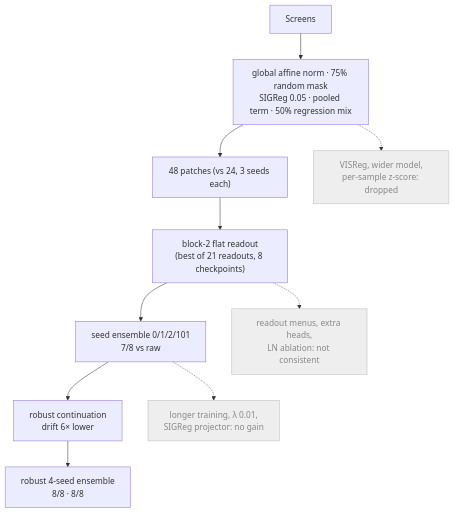
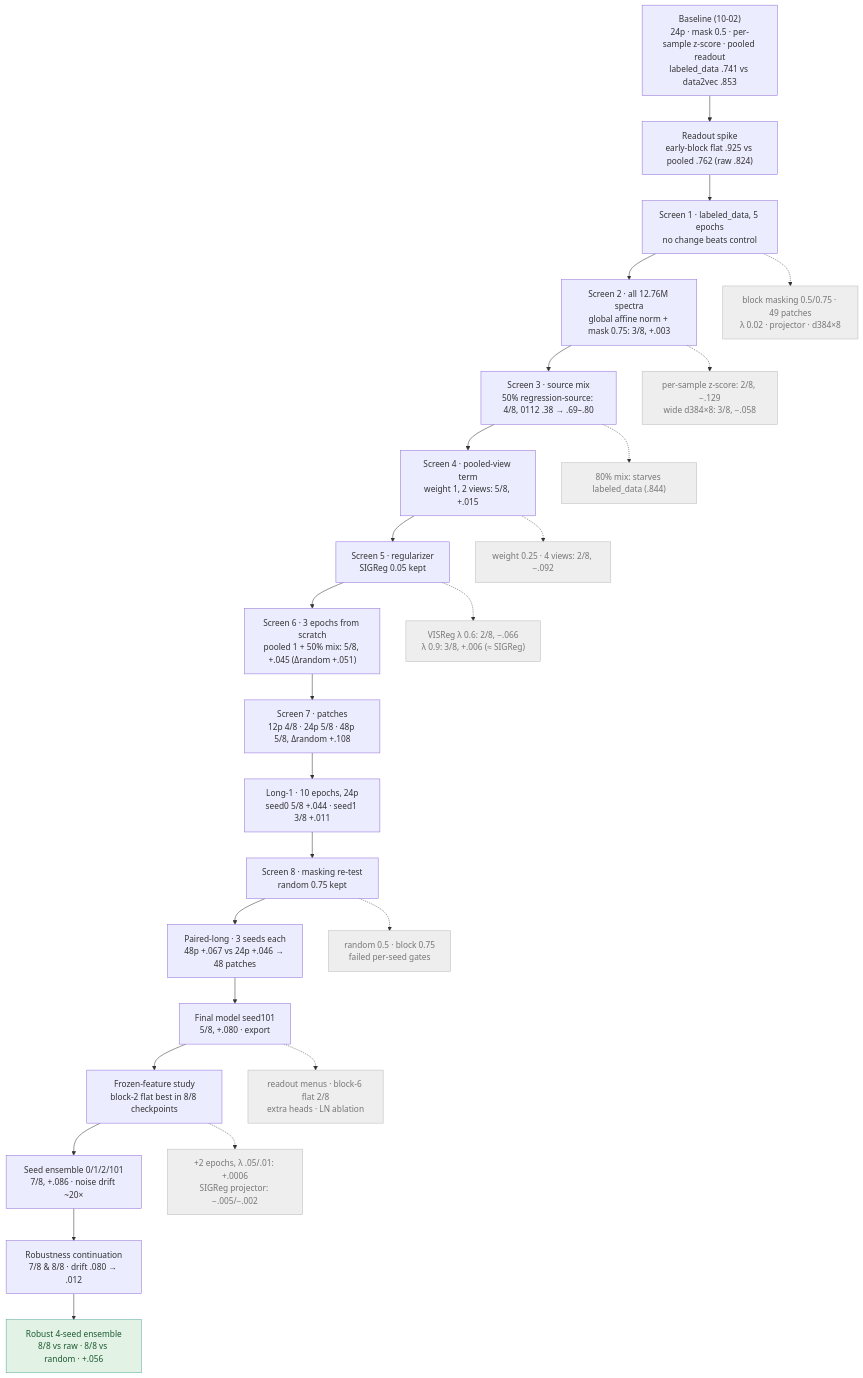
Before and after one commit to h-cohen/SpectralFM-jepa: the fifth of 7 diagrams in docs/TRAINING_REPORT.md, drawn with Mermaid. The commit also changed other lines of this file and 39 other files, not shown here.

````diff
--- a/docs/TRAINING_REPORT.md
+++ b/docs/TRAINING_REPORT.md
@@ -122,14 +127,32 @@
 ```mermaid
 flowchart TB
-    S["Screens"] --> A["global affine norm · 75% random mask<br/>SIGReg 0.05 · pooled term · 50% regression mix"]
-    A --> B["48 patches (vs 24, 3 seeds each)"]
-    B --> C["block-2 flat readout<br/>(best of 21 readouts, 8 checkpoints)"]
-    C --> D["seed ensemble 0/1/2/101<br/>7/8 vs raw"]
-    D --> E["robust continuation<br/>drift 6× lower"]
-    E --> F["robust 4-seed ensemble<br/>8/8 · 8/8"]
-    A -.-> X1["VISReg, wider model,<br/>per-sample z-score: dropped"]
-    C -.-> X2["readout menus, extra heads,<br/>LN ablation: not consistent"]
-    D -.-> X3["longer training, λ 0.01,<br/>SIGReg projector: no gain"]
-    classDef drop fill:#eee,stroke:#bbb,color:#888
-    class X1,X2,X3 drop
+    B0["Baseline (10-02)<br/>24p · mask 0.5 · per-sample z-score · pooled readout<br/>labeled_data .741 vs data2vec .853"] --> R0["Readout spike<br/>early-block flat .925 vs pooled .762 (raw .824)"]
+    R0 --> S1["Screen 1 · labeled_data, 5 epochs<br/>no change beats control"]
+    S1 --> S2["Screen 2 · all 12.76M spectra<br/>global affine norm + mask 0.75: 3/8, +.003"]
+    S2 --> S3["Screen 3 · source mix<br/>50% regression-source: 4/8, 0112 .38 → .69–.80"]
+    S3 --> S4["Screen 4 · pooled-view term<br/>weight 1, 2 views: 5/8, +.015"]
+    S4 --> S5["Screen 5 · regularizer<br/>SIGReg 0.05 kept"]
+    S5 --> S6["Screen 6 · 3 epochs from scratch<br/>pooled 1 + 50% mix: 5/8, +.045 (Δrandom +.051)"]
+    S6 --> S7["Screen 7 · patches<br/>12p 4/8 · 24p 5/8 · 48p 5/8, Δrandom +.108"]
+    S7 --> L1["Long-1 · 10 epochs, 24p<br/>seed0 5/8 +.044 · seed1 3/8 +.011"]
+    L1 --> S8["Screen 8 · masking re-test<br/>random 0.75 kept"]
+    S8 --> PL["Paired-long · 3 seeds each<br/>48p +.067 vs 24p +.046 → 48 patches"]
+    PL --> FM["Final model seed101<br/>5/8, +.080 · export"]
+    FM --> FF["Frozen-feature study<br/>block-2 flat best in 8/8 checkpoints"]
+    FF --> SE["Seed ensemble 0/1/2/101<br/>7/8, +.086 · noise drift ~20×"]
+    SE --> RC["Robustness continuation<br/>7/8 & 8/8 · drift .080 → .012"]
+    RC --> RE["Robust 4-seed ensemble<br/>8/8 vs raw · 8/8 vs random · +.056"]
+
+    S1 -.-> X1["block masking 0.5/0.75 · 49 patches<br/>λ 0.02 · projector · d384×8"]
+    S2 -.-> X2["per-sample z-score: 2/8, −.129<br/>wide d384×8: 3/8, −.058"]
+    S3 -.-> X3["80% mix: starves labeled_data (.844)"]
+    S4 -.-> X4["weight 0.25 · 4 views: 2/8, −.092"]
+    S5 -.-> X5["VISReg λ 0.6: 2/8, −.066<br/>λ 0.9: 3/8, +.006 (≈ SIGReg)"]
+    S8 -.-> X8["random 0.5 · block 0.75<br/>failed per-seed gates"]
+    FM -.-> X9["readout menus · block-6 flat 2/8<br/>extra heads · LN ablation"]
+    FF -.-> X10["+2 epochs, λ .05/.01: +.0006<br/>SIGReg projector: −.005/−.002"]
+    classDef drop fill:#eee,stroke:#bbb,color:#777
+    classDef keep fill:#e2f2e5,stroke:#5a9,color:#1d5a32
+    class X1,X2,X3,X4,X5,X8,X9,X10 drop
+    class RE keep
 ```
````
